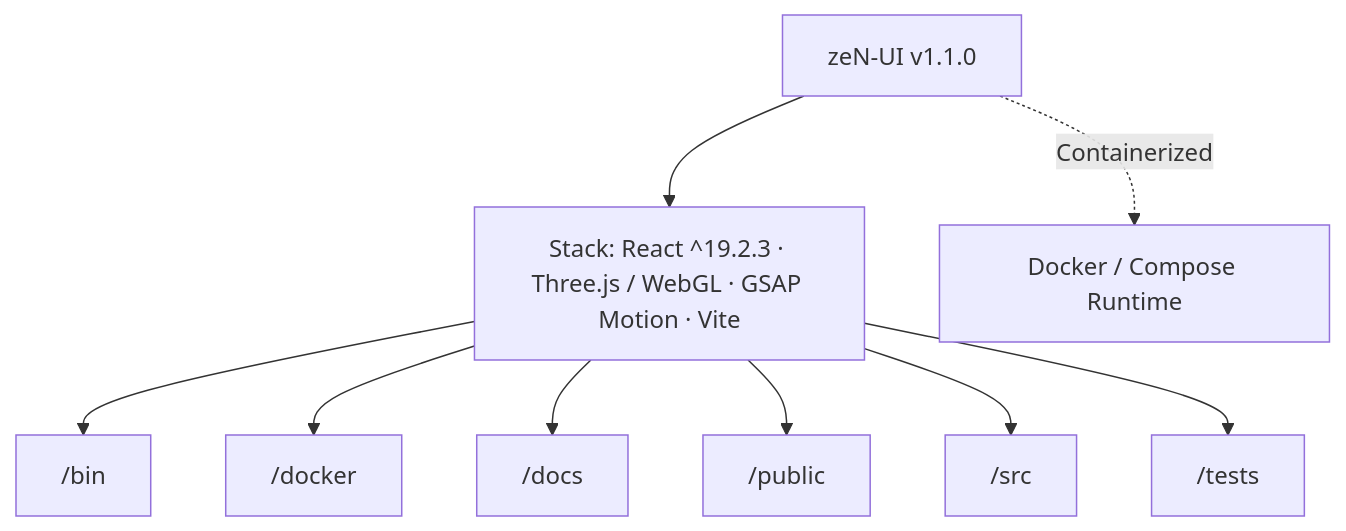
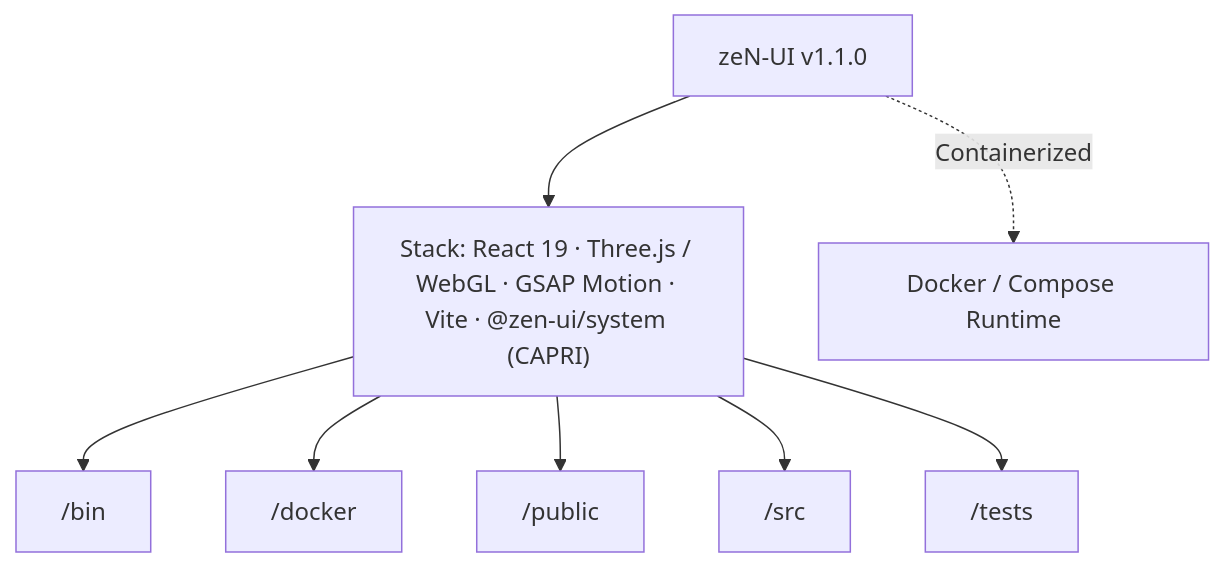
Before and after one commit to lukaspabst/zeN-UI: the diagram in docs/CAPRI-ARCHITECTURE.md, drawn with Mermaid. The commit also changed other lines of this file and 1 other file, not shown here.

Commit message:
feat(capri): deep 14-level monorepo scanner and automatic capri-vault Obsidian sync

````diff
--- a/docs/CAPRI-ARCHITECTURE.md
+++ b/docs/CAPRI-ARCHITECTURE.md
@@ -18,20 +27,18 @@
 ```mermaid
 flowchart TD
   Repo["zeN-UI v1.1.0"]
-  Stack["Stack: React ^19.2.3 · Three.js / WebGL · GSAP Motion · Vite"]
+  Stack["Stack: React 19 · Three.js / WebGL · GSAP Motion · Vite · @zen-ui/system (CAPRI)"]
   Repo --> Stack
   N0_bin["/bin"]
   Stack --> N0_bin
   N1_docker["/docker"]
   Stack --> N1_docker
-  N2_docs["/docs"]
-  Stack --> N2_docs
-  N3_public["/public"]
-  Stack --> N3_public
-  N4_src["/src"]
-  Stack --> N4_src
-  N5_tests["/tests"]
-  Stack --> N5_tests
+  N2_public["/public"]
+  Stack --> N2_public
+  N3_src["/src"]
+  Stack --> N3_src
+  N4_tests["/tests"]
+  Stack --> N4_tests
   Docker["Docker / Compose Runtime"]
   Repo -.->|"Containerized"| Docker
 ```
````
